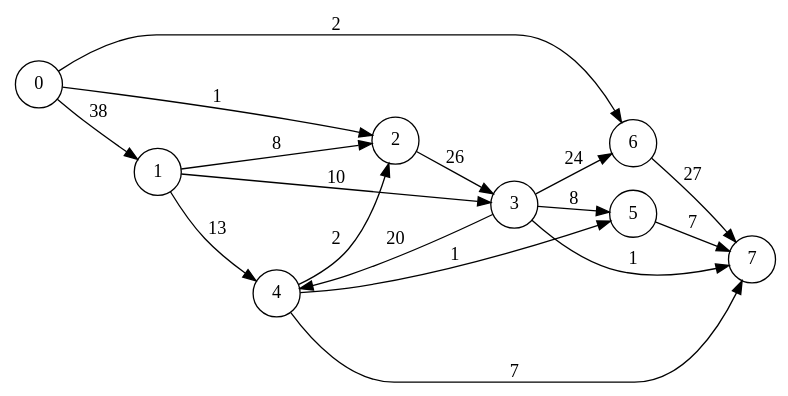
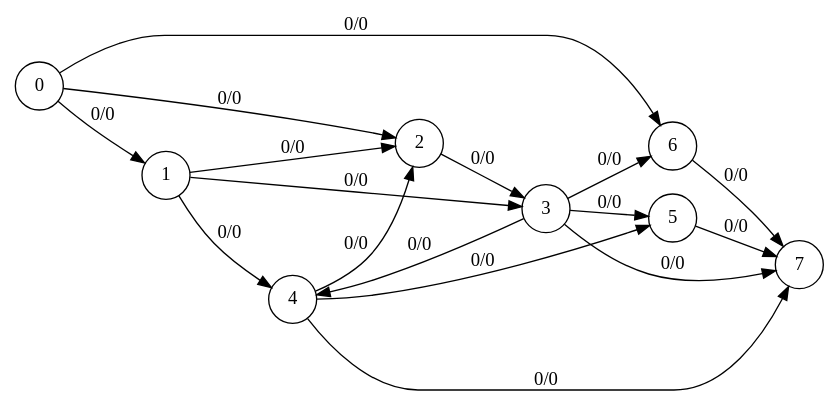
The diagram in graphs/graph10.dot (aurelienmichaud/ocaml-ford-fulkerson), drawn with Graphviz before and after one commit. The commit also changed 23 other files, not shown here.

Commit message:
repair export and tested flownet svg on flownet10

```diff
--- a/graphs/graph10.dot
+++ b/graphs/graph10.dot
@@ -1,21 +1,20 @@
 digraph finite_state_machine {
 	rankdir=LR;
-	size="8,5"
 	node [shape = circle];
-	4 -> 2 [ label = "2" ];
-	4 -> 7 [ label = "7" ];
-	4 -> 5 [ label = "1" ];
-	0 -> 6 [ label = "2" ];
-	0 -> 1 [ label = "38" ];
-	0 -> 2 [ label = "1" ];
-	3 -> 6 [ label = "24" ];
-	3 -> 7 [ label = "1" ];
-	3 -> 4 [ label = "20" ];
-	3 -> 5 [ label = "8" ];
-	6 -> 7 [ label = "27" ];
-	5 -> 7 [ label = "7" ];
-	1 -> 2 [ label = "8" ];
-	1 -> 3 [ label = "10" ];
-	1 -> 4 [ label = "13" ];
-	2 -> 3 [ label = "26" ];
+	4 -> 2 [ label = "0/0" ];
+	4 -> 7 [ label = "0/0" ];
+	4 -> 5 [ label = "0/0" ];
+	0 -> 6 [ label = "0/0" ];
+	0 -> 1 [ label = "0/0" ];
+	0 -> 2 [ label = "0/0" ];
+	3 -> 6 [ label = "0/0" ];
+	3 -> 7 [ label = "0/0" ];
+	3 -> 4 [ label = "0/0" ];
+	3 -> 5 [ label = "0/0" ];
+	6 -> 7 [ label = "0/0" ];
+	5 -> 7 [ label = "0/0" ];
+	1 -> 2 [ label = "0/0" ];
+	1 -> 3 [ label = "0/0" ];
+	1 -> 4 [ label = "0/0" ];
+	2 -> 3 [ label = "0/0" ];
 }
```
